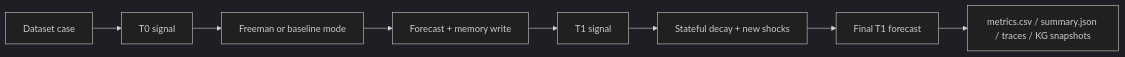
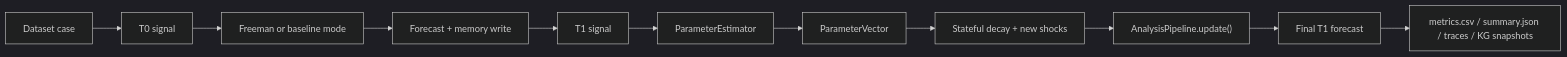
One commit to Theclimateguy/Freeman changed the diagram in docs/FAAB.md. Above: the diagram before and after it, drawn with Mermaid (dark theme). The commit also changed other lines of this file and 16 other files, not shown here.

Commit message:
feat: add universal parameter vector updates

````diff
--- a/docs/FAAB.md
+++ b/docs/FAAB.md
@@ -45,10 +59,13 @@
 ```mermaid
 flowchart LR
     A["Dataset case"] --> B["T0 signal"]
     B --> C["Freeman or baseline mode"]
     C --> D["Forecast + memory write"]
     D --> E["T1 signal"]
-    E --> F["Stateful decay + new shocks"]
-    F --> G["Final T1 forecast"]
-    G --> H["metrics.csv / summary.json / traces / KG snapshots"]
+    E --> F["ParameterEstimator"]
+    F --> G["ParameterVector"]
+    G --> H["Stateful decay + new shocks"]
+    H --> I["AnalysisPipeline.update()"]
+    I --> J["Final T1 forecast"]
+    J --> K["metrics.csv / summary.json / traces / KG snapshots"]
 ```
````
